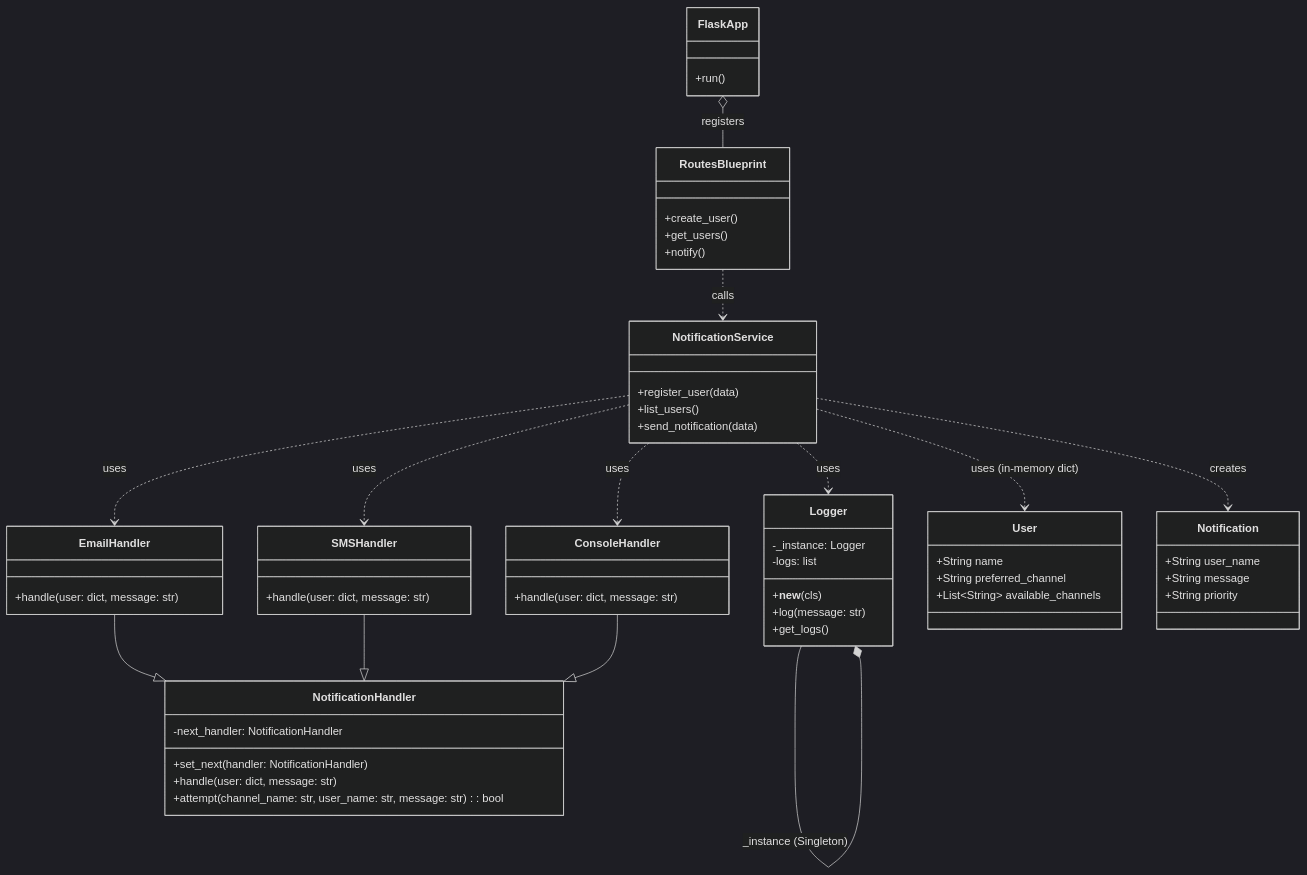
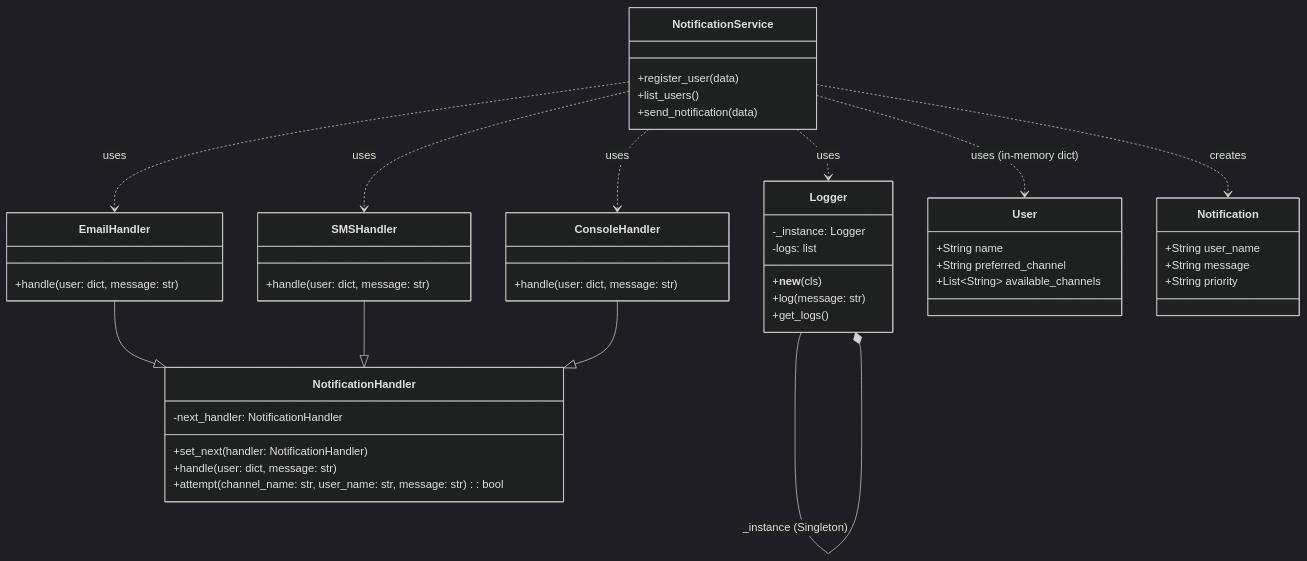
One commit to SwEng2-2025i/MJ7h changed the diagram in laboratories/laboratory_1/1029980718/README.md. Above: the diagram before and after it, drawn with Mermaid (dark theme).

Commit message:
Remove unused class diagram elements from README.md

````diff
--- a/laboratories/laboratory_1/1029980718/README.md
+++ b/laboratories/laboratory_1/1029980718/README.md
@@ -65,73 +65,60 @@
 ```mermaid
 classDiagram
     class NotificationService {
         +register_user(data)
         +list_users()
         +send_notification(data)
     }
 
     class NotificationHandler {
         -next_handler: NotificationHandler
         +set_next(handler: NotificationHandler)
         +handle(user: dict, message: str)
         +attempt(channel_name: str, user_name: str, message: str): bool
     }
 
     class EmailHandler {
         +handle(user: dict, message: str)
     }
 
     class SMSHandler {
         +handle(user: dict, message: str)
     }
 
     class ConsoleHandler {
         +handle(user: dict, message: str)
     }
 
     class Logger {
         -_instance: Logger
         -logs: list
         +__new__(cls)
         +log(message: str)
         +get_logs()
     }
 
     class User {
       +String name
       +String preferred_channel
       +List~String~ available_channels
     }
 
     class Notification {
         +String user_name
         +String message
         +String priority
     }
 
     NotificationService ..> User : uses (in-memory dict)
     NotificationService ..> Notification : creates
     NotificationService ..> Logger : uses
     NotificationService ..> EmailHandler : uses
     NotificationService ..> SMSHandler : uses
     NotificationService ..> ConsoleHandler : uses
 
     EmailHandler --|> NotificationHandler
     SMSHandler --|> NotificationHandler
     ConsoleHandler --|> NotificationHandler
 
     Logger --* Logger : _instance (Singleton)
-
-    class FlaskApp {
-        +run()
-    }
-
-    class RoutesBlueprint {
-        +create_user()
-        +get_users()
-        +notify()
-    }
-
-    FlaskApp o-- RoutesBlueprint : registers
-    RoutesBlueprint ..> NotificationService : calls
 ```
````
